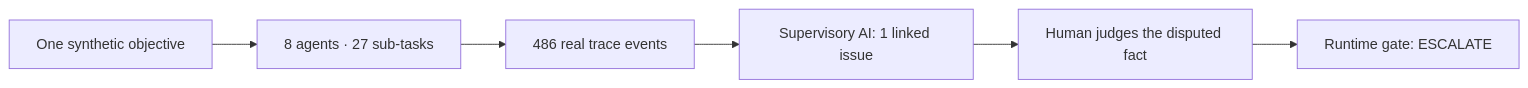
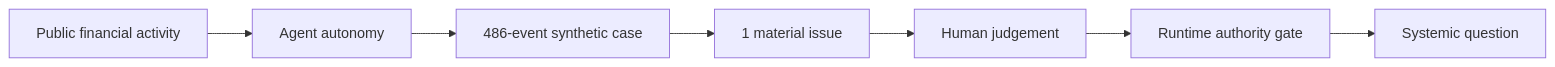
The diagram in README.md (Discoverist1010/ghost), drawn with Mermaid before and after one commit. The commit also changed other lines of this file and 16 other files, not shown here.

````diff
--- a/README.md
+++ b/README.md
@@ -13,8 +11,9 @@
 ```mermaid
 flowchart LR
-  A["One synthetic objective"] --> B["8 agents · 27 sub-tasks"]
-  B --> C["486 real trace events"]
-  C --> D["Supervisory AI: 1 linked issue"]
-  D --> E["Human judges the disputed fact"]
-  E --> F["Runtime gate: ESCALATE"]
+  A[Public financial activity] --> B[Agent autonomy]
+  B --> C[486-event synthetic case]
+  C --> D[1 material issue]
+  D --> E[Human judgement]
+  E --> F[Runtime authority gate]
+  F --> G[Systemic question]
 ```
````
